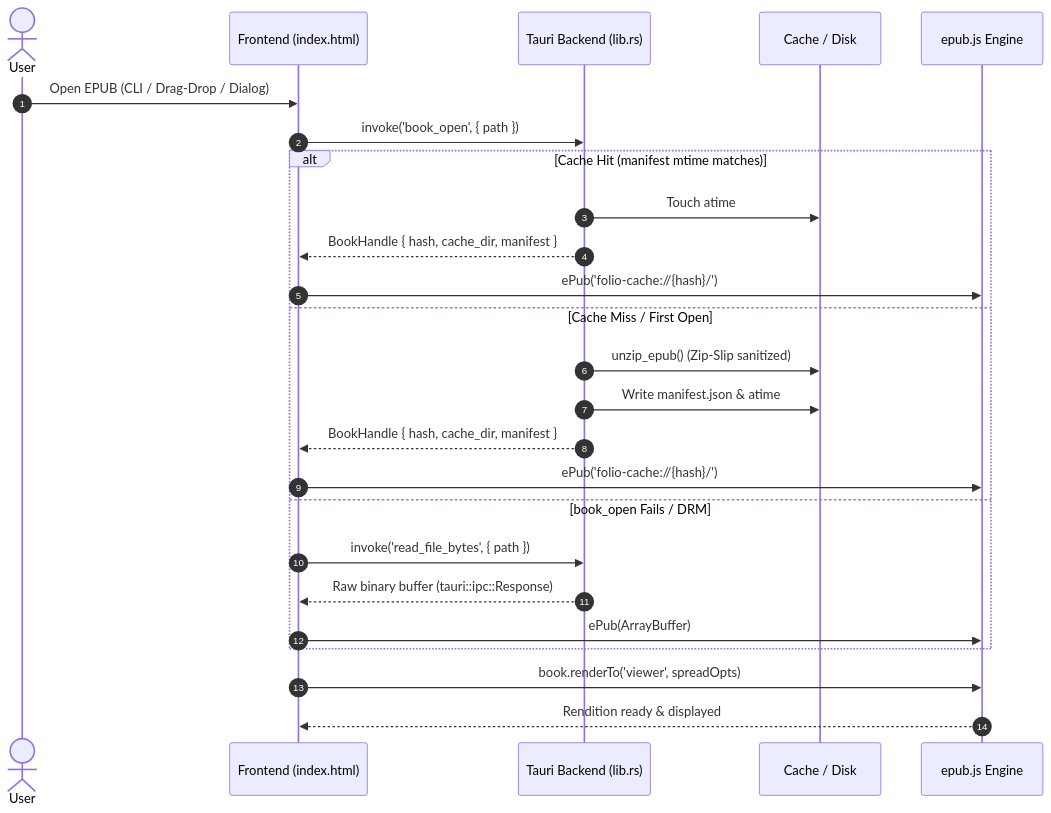
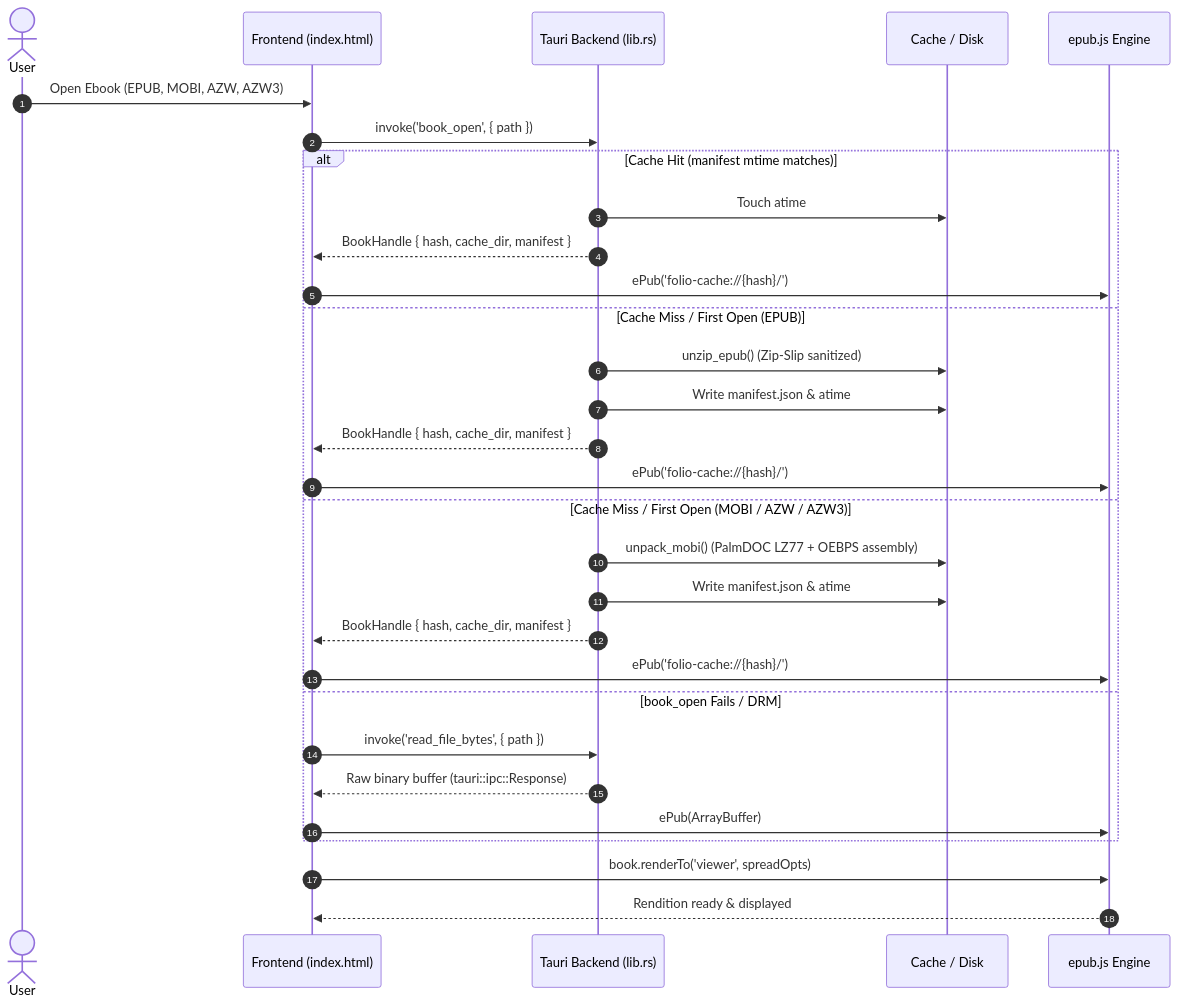
The second of 5 diagrams in tauri_epub_reader/docs/DESIGN_AND_LLD.md (rtshiva/folio_ebook_reader), drawn with Mermaid before and after one commit. The commit also changed other lines of this file and 6 other files, not shown here.

````diff
--- a/tauri_epub_reader/docs/DESIGN_AND_LLD.md
+++ b/tauri_epub_reader/docs/DESIGN_AND_LLD.md
@@ -187,28 +217,33 @@
 ```mermaid
 sequenceDiagram
     autonumber
     actor User
     participant Shell as Frontend (index.html)
     participant Rust as Tauri Backend (lib.rs)
     participant Disk as Cache / Disk
     participant Epub as epub.js Engine
 
-    User->>Shell: Open EPUB (CLI / Drag-Drop / Dialog)
+    User->>Shell: Open Ebook (EPUB, MOBI, AZW, AZW3)
     Shell->>Rust: invoke('book_open', { path })
     alt Cache Hit (manifest mtime matches)
         Rust->>Disk: Touch atime
         Rust-->>Shell: BookHandle { hash, cache_dir, manifest }
         Shell->>Epub: ePub('folio-cache://{hash}/')
-    else Cache Miss / First Open
+    else Cache Miss / First Open (EPUB)
         Rust->>Disk: unzip_epub() (Zip-Slip sanitized)
+        Rust->>Disk: Write manifest.json & atime
+        Rust-->>Shell: BookHandle { hash, cache_dir, manifest }
+        Shell->>Epub: ePub('folio-cache://{hash}/')
+    else Cache Miss / First Open (MOBI / AZW / AZW3)
+        Rust->>Disk: unpack_mobi() (PalmDOC LZ77 + OEBPS assembly)
         Rust->>Disk: Write manifest.json & atime
         Rust-->>Shell: BookHandle { hash, cache_dir, manifest }
         Shell->>Epub: ePub('folio-cache://{hash}/')
     else book_open Fails / DRM
         Shell->>Rust: invoke('read_file_bytes', { path })
         Rust-->>Shell: Raw binary buffer (tauri::ipc::Response)
         Shell->>Epub: ePub(ArrayBuffer)
     end
     Shell->>Epub: book.renderTo('viewer', spreadOpts)
     Epub-->>Shell: Rendition ready & displayed
 ```
````
